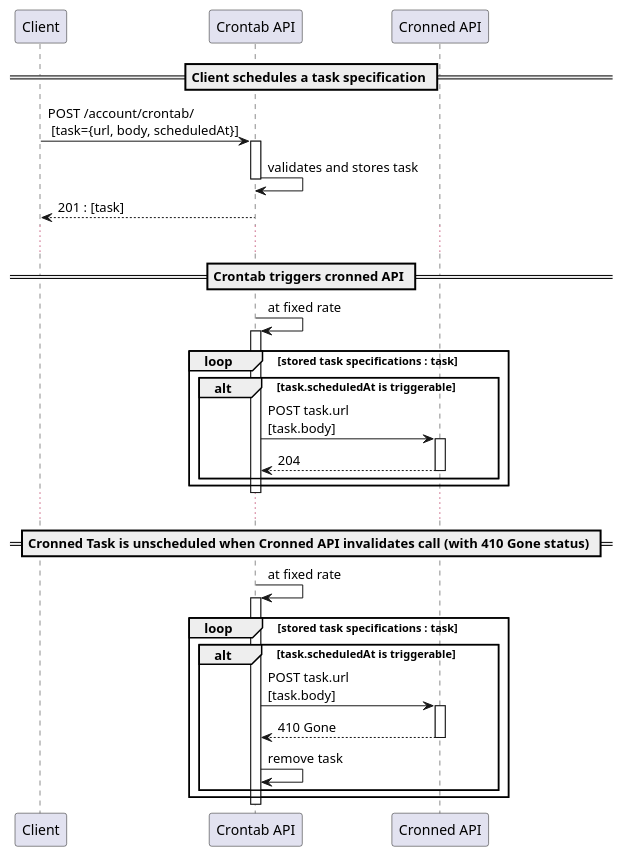
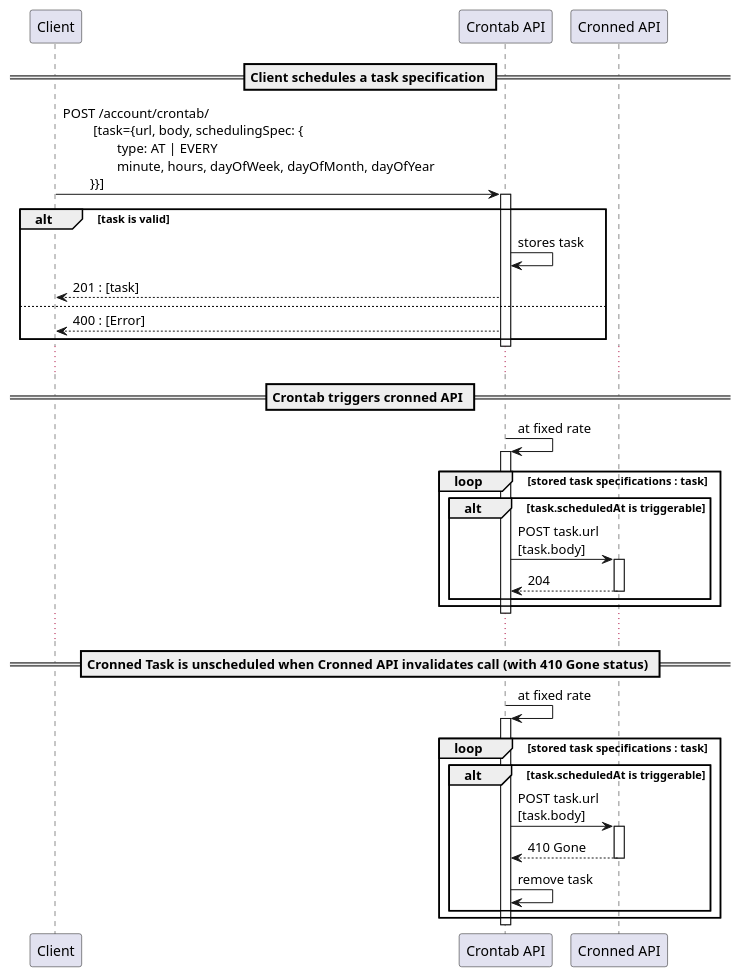
The diagram in doc/api-overview.puml (flexiooss/poom-crons), drawn with PlantUML before and after one commit. The commit also changed 8 other files, not shown here.

```diff
--- a/doc/api-overview.puml
+++ b/doc/api-overview.puml
@@ -1,49 +1,58 @@
 @startuml
 
 participant "Client" as client
 participant "Crontab API" as crontab
 participant "Cronned API" as cronned
 
 == Client schedules a task specification ==
 
-client -> crontab: POST /account/crontab/ \n [task={url, body, scheduledAt}]
+client -> crontab: POST /account/crontab/ \n \
+        [task={url, body, schedulingSpec: {\n\
+                type: AT | EVERY\n\
+                minute, hours, dayOfWeek, dayOfMonth, dayOfYear\
+                \n\
+        }}]
 activate crontab
-    crontab -> crontab: validates and stores task
+    alt task is valid
+        crontab -> crontab: stores task
+        client <-- crontab: 201 : [task]
+    else
+        client <-- crontab: 400 : [Error]
+    end
 deactivate crontab
-client <-- crontab: 201 : [task]
 
 ...
 
 == Crontab triggers cronned API ==
 
 crontab -> crontab: at fixed rate
 activate crontab
     loop stored task specifications : task
         alt task.scheduledAt is triggerable
             crontab -> cronned: POST task.url \n[task.body]
             activate cronned
             crontab <-- cronned: 204
             deactivate cronned
         end
     end
 deactivate crontab
 
 ...
 
 == Cronned Task is unscheduled when Cronned API invalidates call (with 410 Gone status) ==
 
 crontab -> crontab: at fixed rate
 activate crontab
     loop stored task specifications : task
         alt task.scheduledAt is triggerable
             crontab -> cronned: POST task.url \n[task.body]
             activate cronned
             crontab <-- cronned: 410 Gone
             deactivate cronned
             crontab -> crontab: remove task
 
         end
     end
 deactivate crontab
 
 @enduml
```
